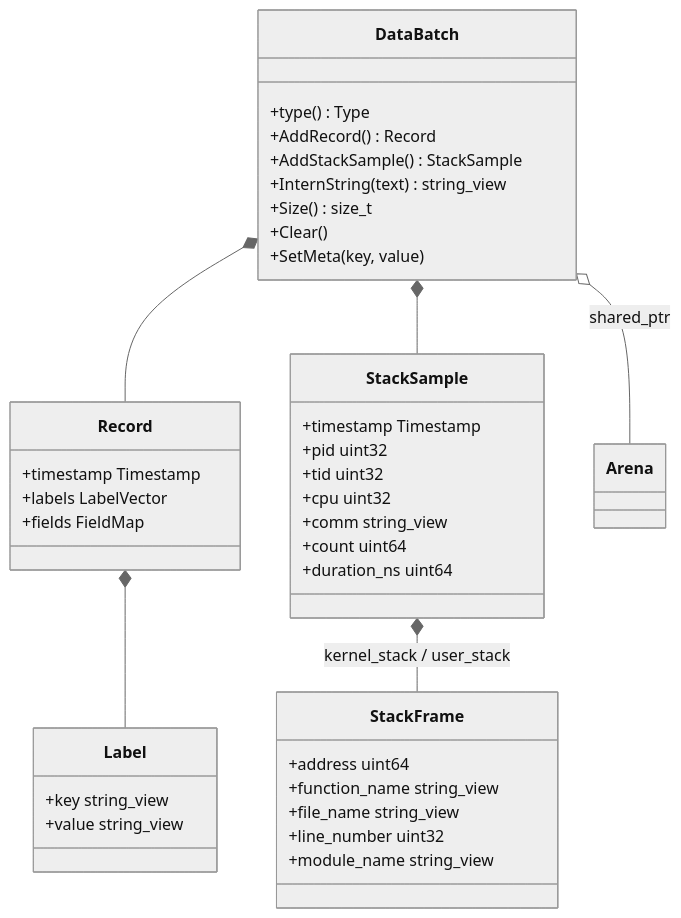
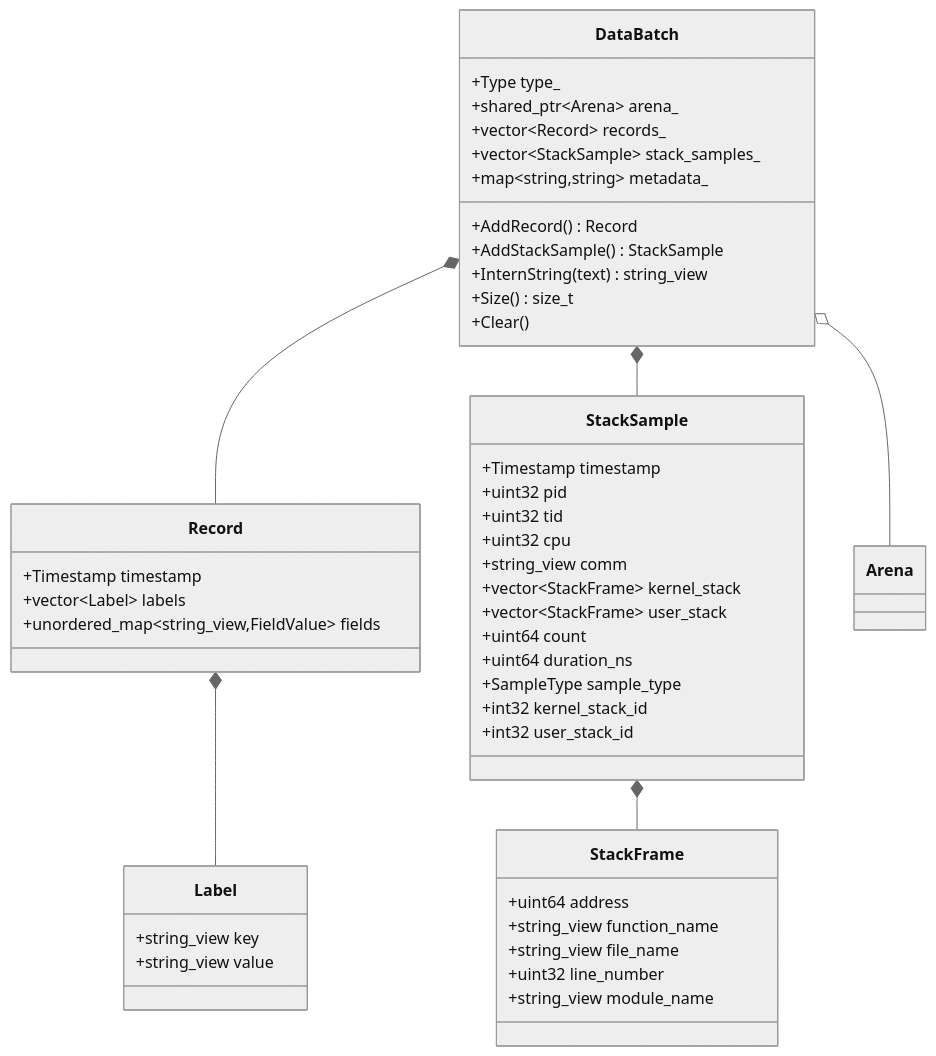
The first of 3 diagrams in docs/document/撰修司/illuminator性能监控平台/设计方案/04-data-and-memory.md (Franch-Toast/Scriptorium), drawn with Mermaid (neutral theme) before and after one commit. The commit also changed other lines of this file and 20 other files, not shown here.

````diff
--- a/docs/document/撰修司/illuminator性能监控平台/设计方案/04-data-and-memory.md
+++ b/docs/document/撰修司/illuminator性能监控平台/设计方案/04-data-and-memory.md
@@ -19,44 +22,52 @@
 ```mermaid
 %%{init: {"class":{"useMaxWidth":false},"state":{"useMaxWidth":false}}}%%
 classDiagram
     class DataBatch {
-        +type() Type
+        +Type type_
+        +shared_ptr~Arena~ arena_
+        +vector~Record~ records_
+        +vector~StackSample~ stack_samples_
+        +map~string,string~ metadata_
         +AddRecord() Record
         +AddStackSample() StackSample
         +InternString(text) string_view
         +Size() size_t
         +Clear()
-        +SetMeta(key, value)
     }
     class Record {
-        +timestamp Timestamp
-        +labels LabelVector
-        +fields FieldMap
+        +Timestamp timestamp
+        +vector~Label~ labels
+        +unordered_map~string_view,FieldValue~ fields
     }
     class Label {
-        +key string_view
-        +value string_view
+        +string_view key
+        +string_view value
     }
     class StackSample {
-        +timestamp Timestamp
-        +pid uint32
-        +tid uint32
-        +cpu uint32
-        +comm string_view
-        +count uint64
-        +duration_ns uint64
+        +Timestamp timestamp
+        +uint32 pid
+        +uint32 tid
+        +uint32 cpu
+        +string_view comm
+        +vector~StackFrame~ kernel_stack
+        +vector~StackFrame~ user_stack
+        +uint64 count
+        +uint64 duration_ns
+        +SampleType sample_type
+        +int32 kernel_stack_id
+        +int32 user_stack_id
     }
     class StackFrame {
-        +address uint64
-        +function_name string_view
-        +file_name string_view
-        +line_number uint32
-        +module_name string_view
+        +uint64 address
+        +string_view function_name
+        +string_view file_name
+        +uint32 line_number
+        +string_view module_name
     }
     class Arena
-    DataBatch o-- Arena : shared_ptr
+    DataBatch o-- Arena
     DataBatch *-- Record
     DataBatch *-- StackSample
     Record *-- Label
-    StackSample *-- StackFrame : kernel_stack / user_stack
+    StackSample *-- StackFrame
 ```
````
